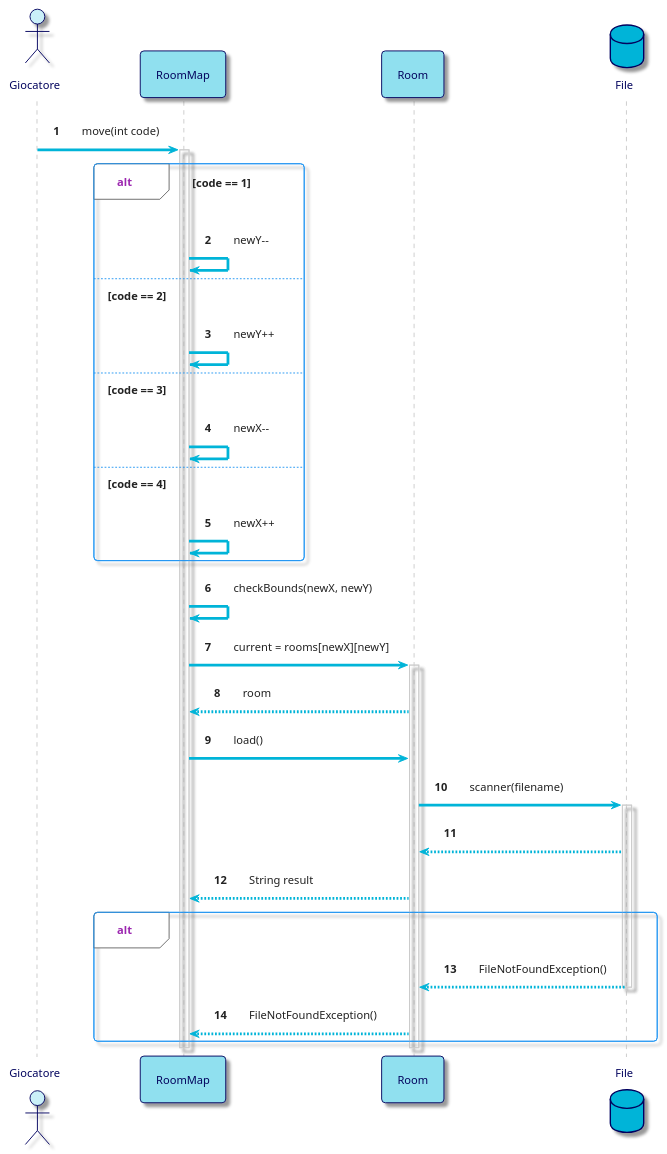
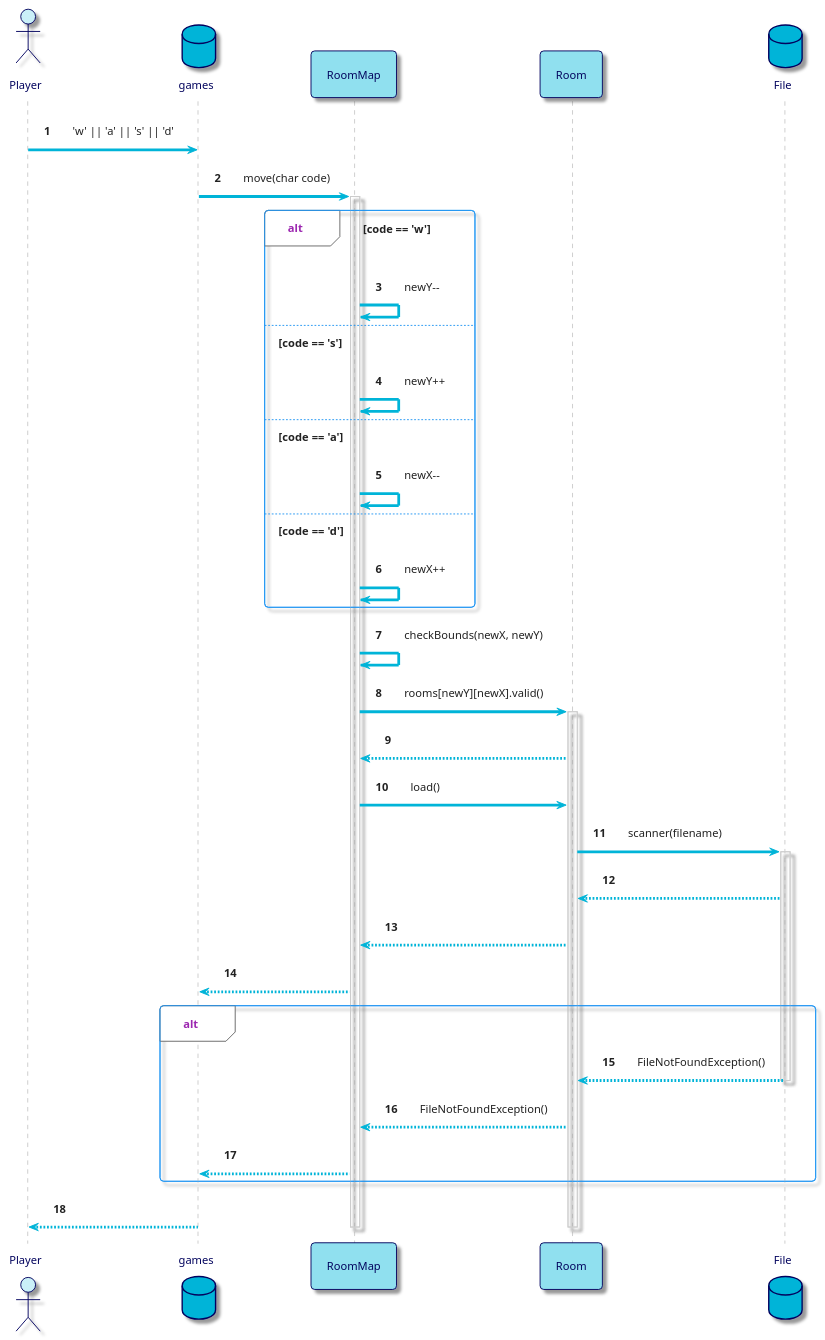
One commit to 1smaa/progettoedids changed the second of 4 diagrams in Sequence_diagram.md. Above: the diagram before and after it, drawn with PlantUML. The commit also changed other lines of this file, not shown here.

Commit message:
Update move(char code)

````diff
--- a/Sequence_diagram.md
+++ b/Sequence_diagram.md
@@ -64,62 +64,69 @@
 ```plantuml
 @startuml
 !theme materia-outline
 autonumber
 skinparam ArrowColor #00B4D8
 skinparam ActorBorderColor #03045E
 skinparam ActorFontColor #03045E
 skinparam ActorBackgroundColor #CAF0F8
 skinparam ParticipantFontColor #03045E
 skinparam ParticipantBorderColor #03045E
 skinparam ParticipantBackgroundColor #90E0EF
 skinparam DatabaseBorderColor #03045E
 skinparam DatabaseBackgroundColor #00B4D8
 skinparam DatabaseFontColor #03045E
 skinparam BackgroundColor #FFFFFF
 
-actor Giocatore
+actor Player
+database games
 participant RoomMap
 participant Room
 database File
 
 
+Player -> games : 'w' || 'a' || 's' || 'd'
 
-Giocatore -> RoomMap : move(int code)
+games -> RoomMap : move(char code)
 activate RoomMap
 
 
-alt code == 1
+alt code == 'w'
 RoomMap -> RoomMap : newY--
 
-else code == 2
+else code == 's'
 RoomMap -> RoomMap : newY++
 
-else code == 3
+else code == 'a'
 RoomMap -> RoomMap : newX--
 
-else code == 4
+else code == 'd'
 RoomMap -> RoomMap : newX++
 
 end
 
 RoomMap -> RoomMap : checkBounds(newX, newY)
-RoomMap -> Room : current = rooms[newX][newY]
+RoomMap -> Room : rooms[newY][newX].valid()
 activate Room
-Room --> RoomMap : room
+Room --> RoomMap : 
 RoomMap -> Room : load()
 
 Room -> File : scanner(filename)
 activate File
 File --> Room
-Room --> RoomMap : String result
+Room --> RoomMap
+RoomMap --> games
 alt 
 File --> Room : FileNotFoundException()
 deactivate File
 Room --> RoomMap : FileNotFoundException()
+RoomMap --> games
 end
+
+games --> Player
 deactivate Room
 deactivate RoomMap
 
 @enduml
 
+
 ```
````
